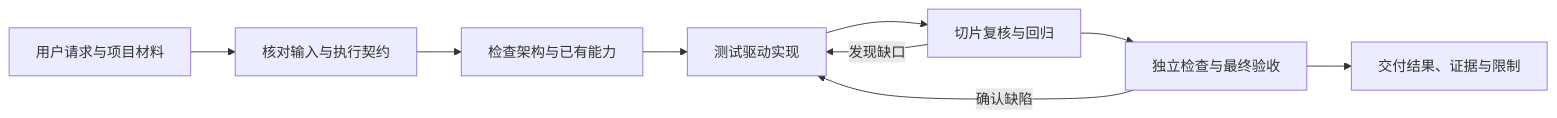
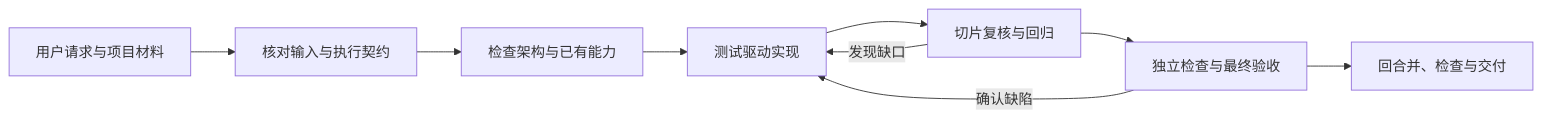
Before and after one commit to FarmerLi/coder-assistant-skill: the diagram in README.md, drawn with Mermaid. The commit also changed other lines of this file and 1 other file, not shown here.

````diff
--- a/README.md
+++ b/README.md
@@ -9,11 +9,11 @@
 ```mermaid
 flowchart LR
   I["用户请求与项目材料"] --> C["核对输入与执行契约"]
   C --> A["检查架构与已有能力"]
   A --> T["测试驱动实现"]
   T --> R["切片复核与回归"]
   R --> V["独立检查与最终验收"]
-  V --> D["交付结果、证据与限制"]
+  V --> D["回合并、检查与交付"]
   R -->|发现缺口| T
   V -->|确认缺陷| T
 ```
````
